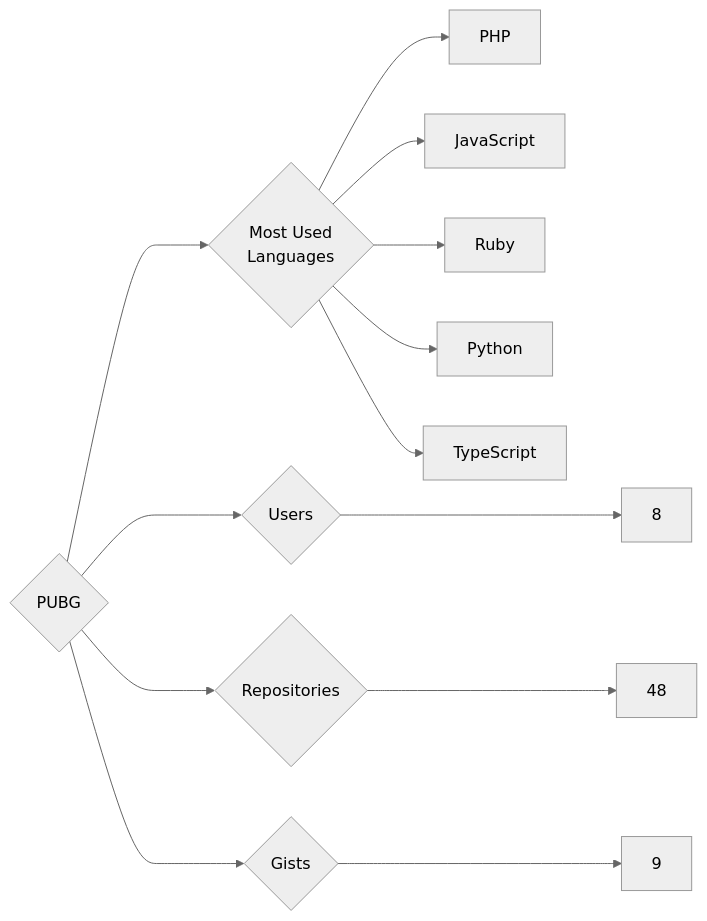
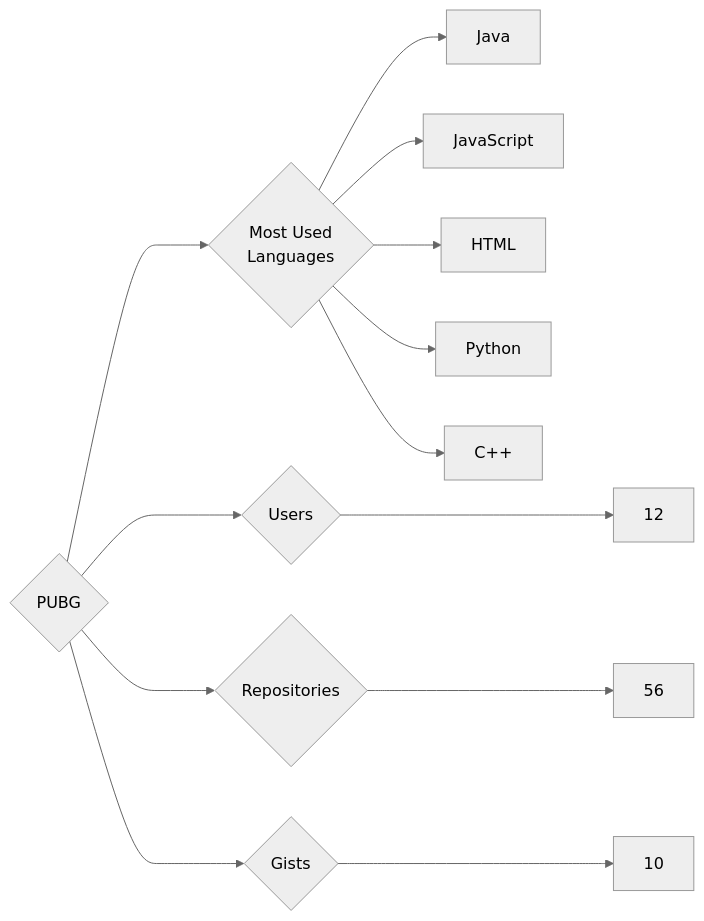
One commit to trickest/insiders changed the diagram in targets/PUBG/README.md. Above: the diagram before and after it, drawn with Mermaid (neutral theme). The commit also changed 903 other files, not shown here.

````diff
--- a/targets/PUBG/README.md
+++ b/targets/PUBG/README.md
@@ -3,13 +3,13 @@
 ```mermaid
 graph LR
 COMPANY_NAME{PUBG}
-COMPANY_NAME ---> U{Users} ---> UN[8]
-COMPANY_NAME ---> R{Repositories} ---> RN[48]
-COMPANY_NAME ---> G{Gists} ---> GN[9]
+COMPANY_NAME ---> U{Users} ---> UN[12]
+COMPANY_NAME ---> R{Repositories} ---> RN[56]
+COMPANY_NAME ---> G{Gists} ---> GN[10]
 COMPANY_NAME ---> ML{Most Used<br>Languages}
-ML --> PHP[PHP]
+ML --> Java[Java]
 ML --> JavaScript[JavaScript]
-ML --> Ruby[Ruby]
+ML --> HTML[HTML]
 ML --> Python[Python]
-ML --> TypeScript[TypeScript]
+ML --> C++[C++]
 ```
````
